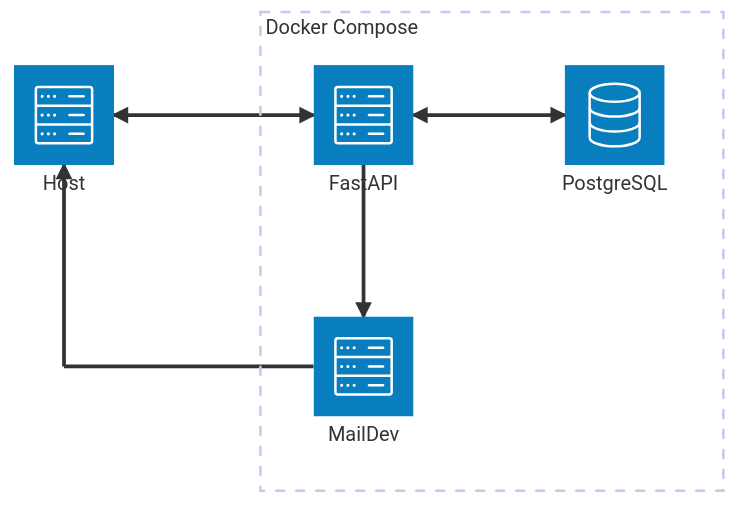
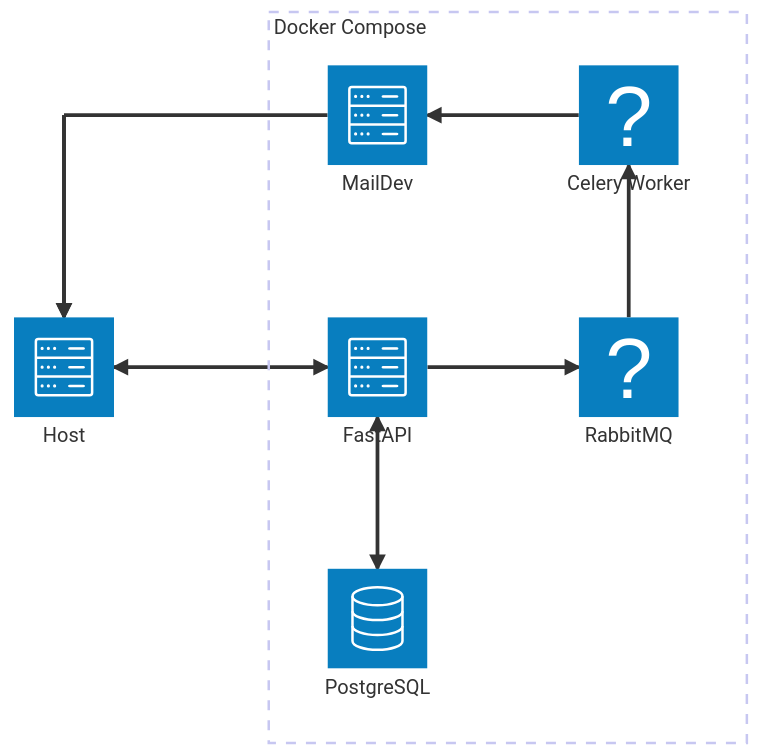
The first of 2 diagrams in README.md (nicolas-goasguen/fastapi-user-registration), drawn with Mermaid before and after one commit. The commit also changed other lines of this file, not shown here.

````diff
--- a/README.md
+++ b/README.md
@@ -20,17 +26,24 @@
 ```mermaid
 architecture-beta
     service localhost(server)[Host]
-  
+
     group docker_compose[Docker Compose]
     service api(server)[FastAPI] in docker_compose
     service db(database)[PostgreSQL] in docker_compose
     service email(server)[MailDev] in docker_compose
+    service broker(queue)[RabbitMQ] in docker_compose
+    service worker(worker)[Celery Worker] in docker_compose
     junction junction_host_email
 
-    api:R <--> L:db
-    api:B --> T:email
-    
     localhost:R <--> L:api
-    localhost:B <-- T:junction_host_email
-    junction_host_email:R -- L:email
+
+    api:B <--> T:db
+
+    api:R --> L:broker
+    broker:T --> B:worker
+    worker:L --> R:email
+
+    email:L -- R:junction_host_email
+    junction_host_email:B --> T:localhost
+    localhost:T <-- B:junction_host_email    
 ```
````
